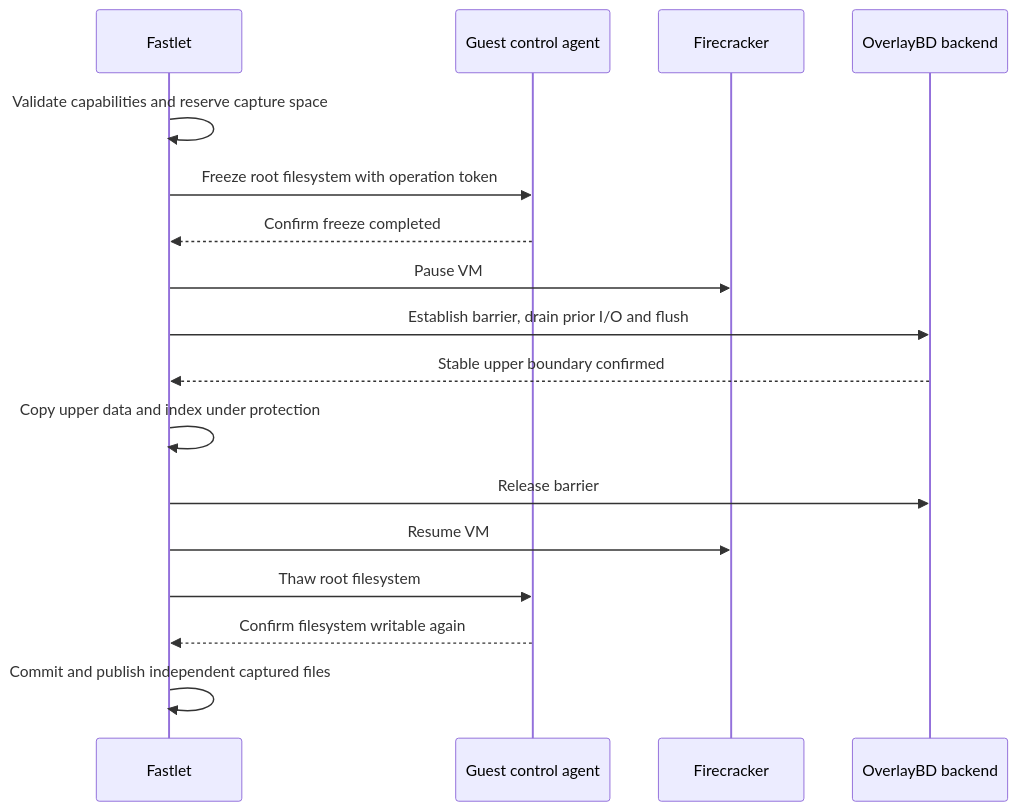
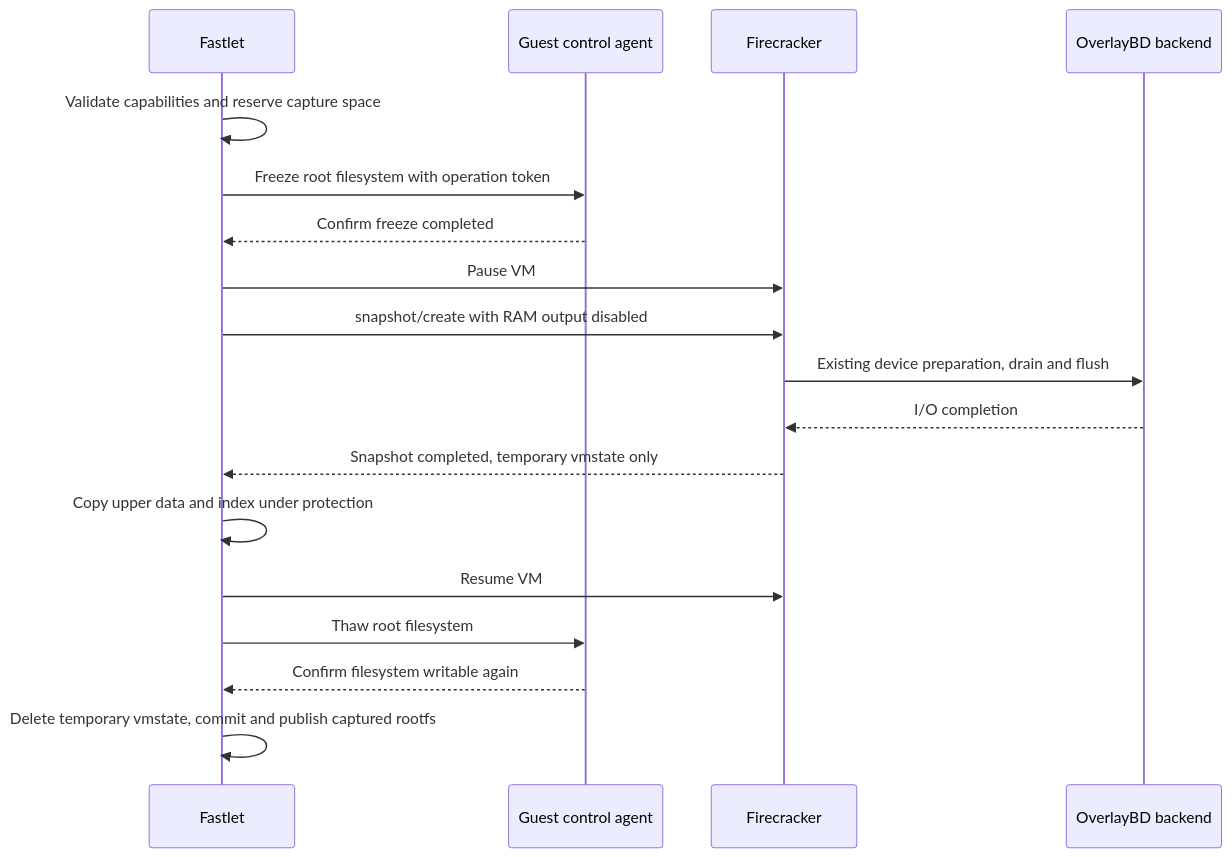
One commit to opensandbox-group/fast-sandbox changed the first of 2 diagrams in fseps/0001-rootfs-only-snapshots-overlaybd.md. Above: the diagram before and after it, drawn with Mermaid. The commit also changed other lines of this file and 1 other file, not shown here.

Commit message:
docs(fsep): reuse snapshot device preparation for rootfs-only capture

````diff
--- a/fseps/0001-rootfs-only-snapshots-overlaybd.md
+++ b/fseps/0001-rootfs-only-snapshots-overlaybd.md
@@ -121,19 +123,20 @@
 ```mermaid
 sequenceDiagram
     participant F as Fastlet
     participant G as Guest control agent
     participant V as Firecracker
     participant O as OverlayBD backend
     F->>F: Validate capabilities and reserve capture space
     F->>G: Freeze root filesystem with operation token
     G-->>F: Confirm freeze completed
     F->>V: Pause VM
-    F->>O: Establish barrier, drain prior I/O and flush
-    O-->>F: Stable upper boundary confirmed
+    F->>V: snapshot/create with RAM output disabled
+    V->>O: Existing device preparation, drain and flush
+    O-->>V: I/O completion
+    V-->>F: Snapshot completed, temporary vmstate only
     F->>F: Copy upper data and index under protection
-    F->>O: Release barrier
     F->>V: Resume VM
     F->>G: Thaw root filesystem
     G-->>F: Confirm filesystem writable again
-    F->>F: Commit and publish independent captured files
+    F->>F: Delete temporary vmstate, commit and publish captured rootfs
 ```
````
